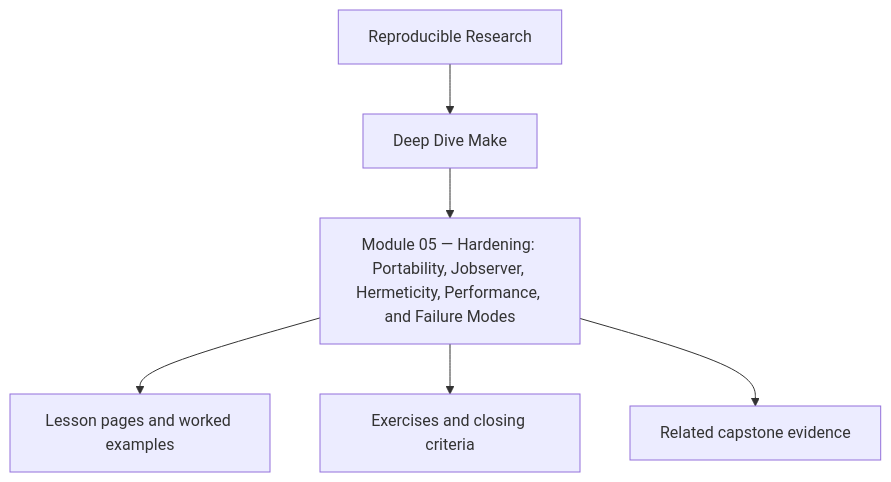
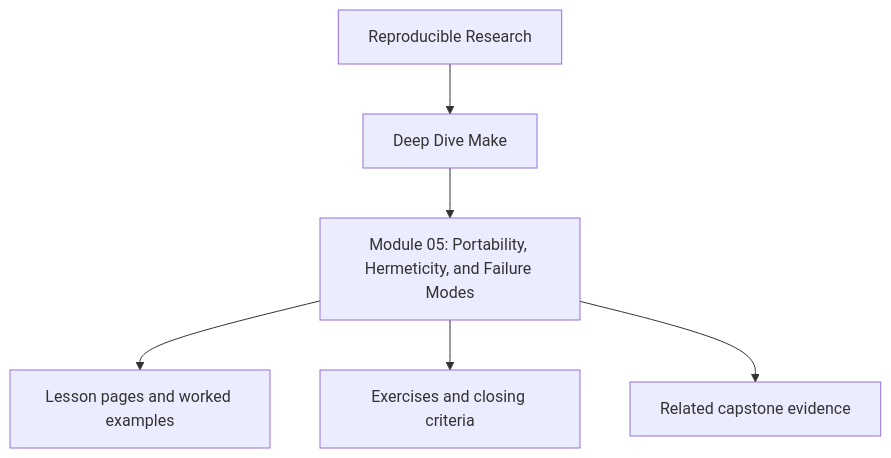
The first of 2 diagrams in programs/reproducible-research/deep-dive-make/course-book/module-05-portability-jobserver-hermeticity-and-failure-modes/index.md (bijux/bijux-masterclass), drawn with Mermaid before and after one commit. The commit also changed other lines of this file and 241 other files, not shown here.

````diff
--- a/programs/reproducible-research/deep-dive-make/course-book/module-05-portability-jobserver-hermeticity-and-failure-modes/index.md
+++ b/programs/reproducible-research/deep-dive-make/course-book/module-05-portability-jobserver-hermeticity-and-failure-modes/index.md
@@ -8,8 +8,8 @@
 ```mermaid
 flowchart TD
   family["Reproducible Research"] --> program["Deep Dive Make"]
-  program --> module["Module 05 — Hardening: Portability, Jobserver, Hermeticity, Performance, and Failure Modes"]
+  program --> module["Module 05: Portability, Hermeticity, and Failure Modes"]
   module --> lessons["Lesson pages and worked examples"]
   module --> checkpoints["Exercises and closing criteria"]
   module --> capstone["Related capstone evidence"]
 ```
````
